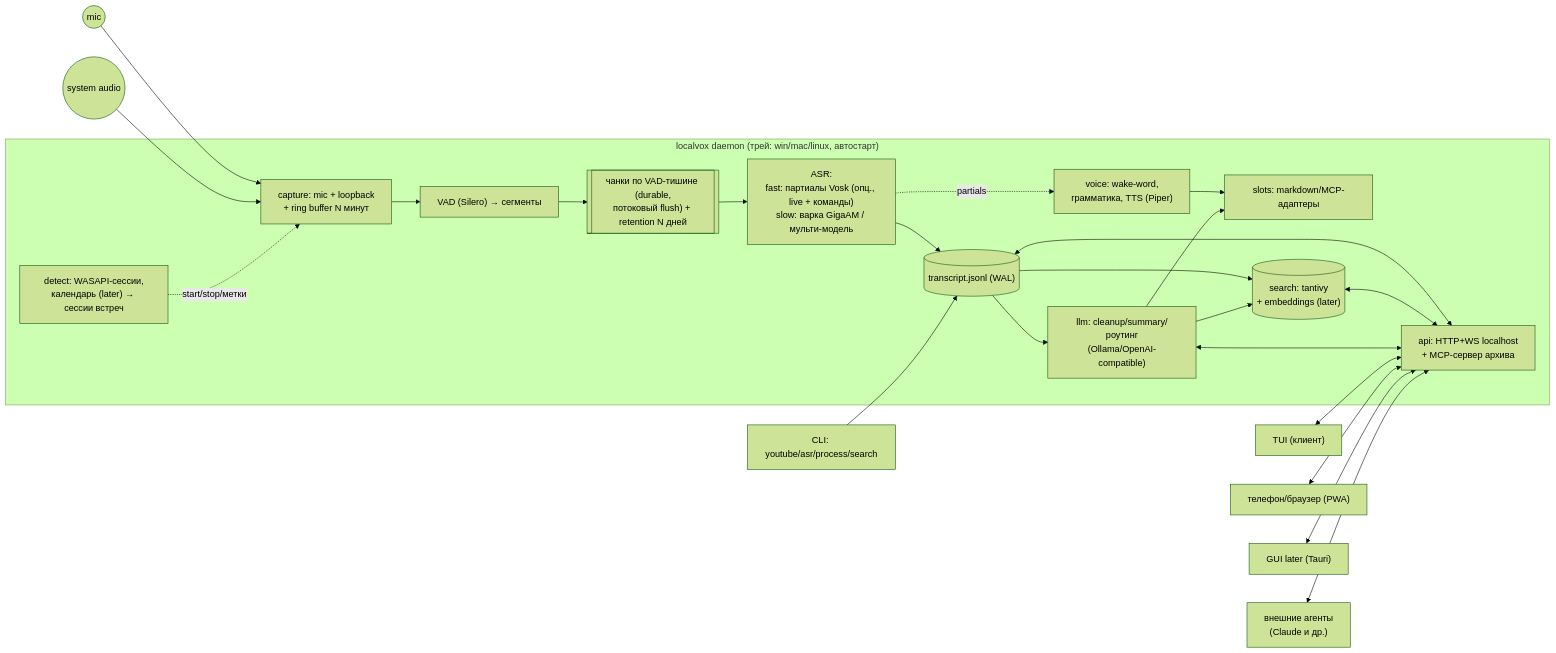
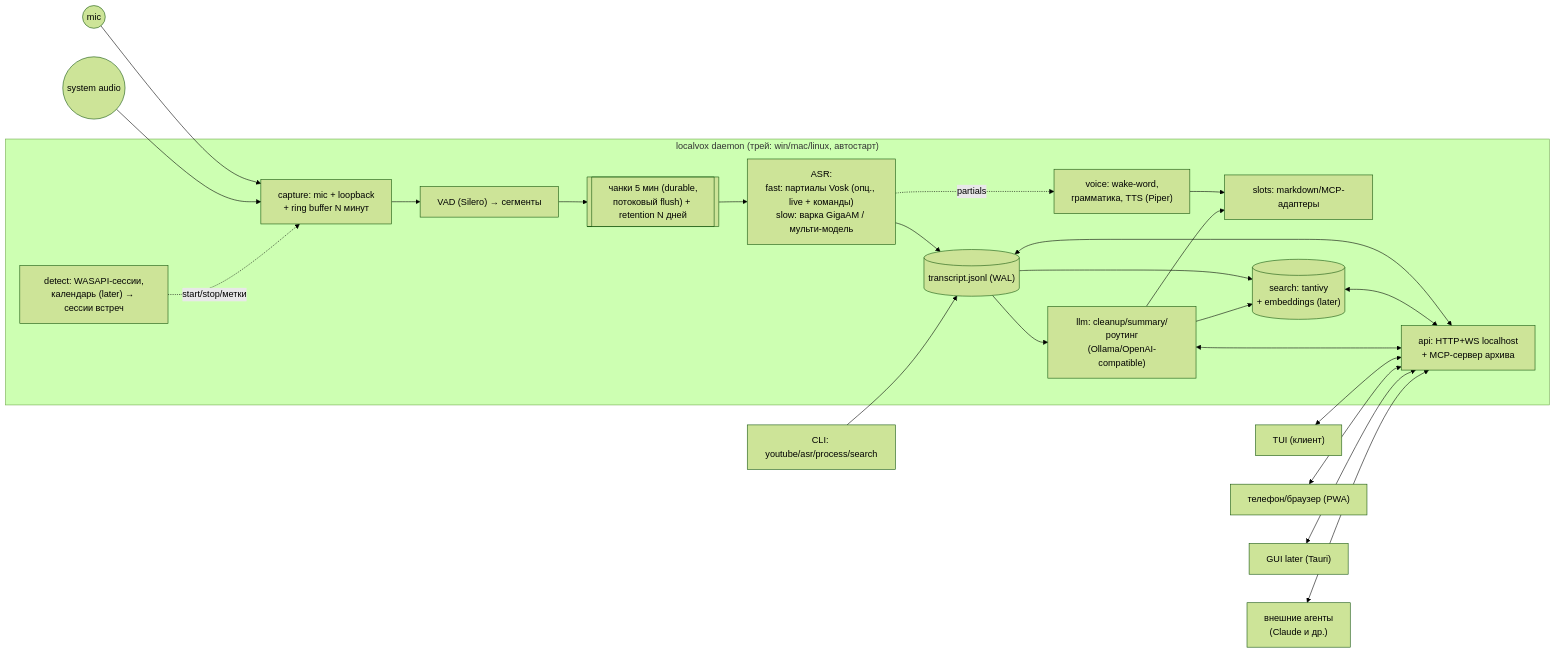
The diagram in docs/architecture-target.md (cascad/localvox-light), drawn with Mermaid (forest theme) before and after one commit. The commit also changed other lines of this file and 144 other files, not shown here.

````diff
--- a/docs/architecture-target.md
+++ b/docs/architecture-target.md
@@ -30,32 +30,32 @@
 ```mermaid
 flowchart LR
     subgraph DAEMON["localvox daemon (трей: win/mac/linux, автостарт)"]
         CAP["capture: mic + loopback\n+ ring buffer N минут"]
         VAD["VAD (Silero) → сегменты"]
-        Q[["чанки по VAD-тишине (durable,\nпотоковый flush) + retention N дней"]]
+        Q[["чанки 5 мин (durable,\nпотоковый flush) + retention N дней"]]
         ASR["ASR:\nfast: партиалы Vosk (опц., live + команды)\nslow: варка GigaAM / мульти-модель"]
         WAL[("transcript.jsonl (WAL)")]
         DET["detect: WASAPI-сессии,\nкалендарь (later) → сессии встреч"]
         LLM["llm: cleanup/summary/роутинг\n(Ollama/OpenAI-compatible)"]
         SL["slots: markdown/MCP-адаптеры"]
         IDX[("search: tantivy\n+ embeddings (later)")]
         VOICE["voice: wake-word,\nграмматика, TTS (Piper)"]
         API["api: HTTP+WS localhost\n+ MCP-сервер архива"]
     end
     MIC(("mic")) --> CAP
     SYS(("system audio")) --> CAP
     CAP --> VAD --> Q --> ASR --> WAL
     ASR -. partials .-> VOICE
     VOICE --> SL
     WAL --> LLM --> SL
     WAL --> IDX
     LLM --> IDX
     DET -. start/stop/метки .-> CAP
     WAL & IDX & LLM <--> API
 
     TUI["TUI (клиент)"] <--> API
     PWA["телефон/браузер (PWA)"] <--> API
     GUI["GUI later (Tauri)"] <--> API
     AGENT["внешние агенты\n(Claude и др.)"] <--> API
     CLIB["CLI: youtube/asr/process/search"] --> WAL
 ```
````
